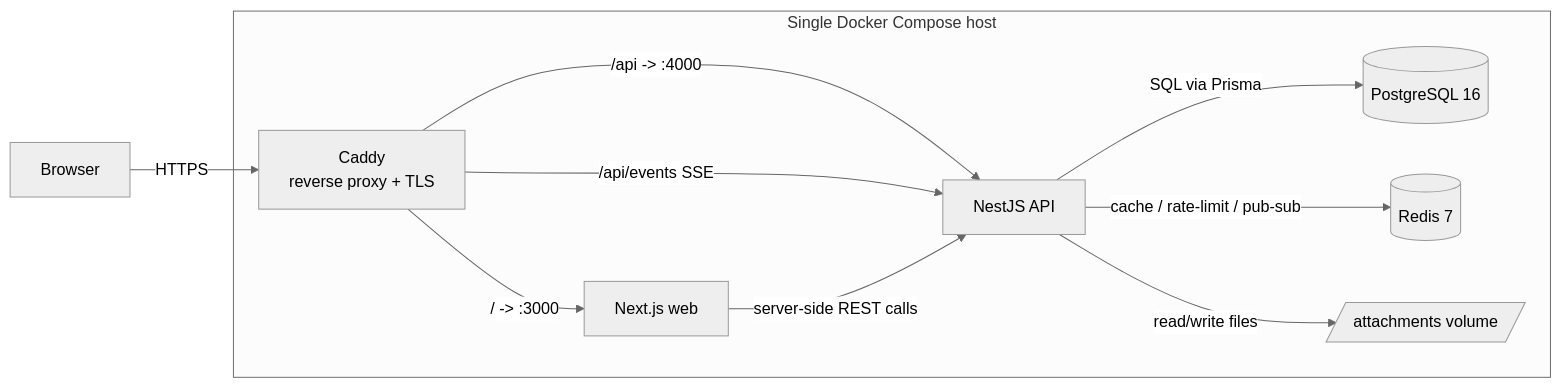
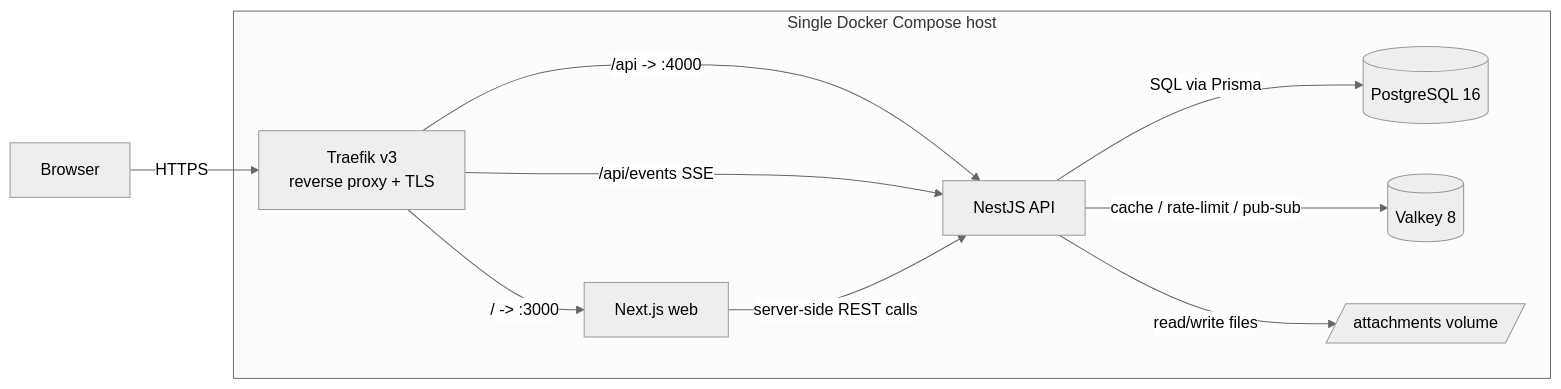
One commit to s-czw/hello-world changed the first of 2 diagrams in docs/02-architecture.md. Above: the diagram before and after it, drawn with Mermaid (neutral theme). The commit also changed other lines of this file and 4 other files, not shown here.

First line of the commit message:
Revise architecture: permissive-license stack and multi-provider auth with Lark

````diff
--- a/docs/02-architecture.md
+++ b/docs/02-architecture.md
@@ -43,19 +43,19 @@
 ```mermaid
 flowchart LR
-    B[Browser] -->|HTTPS| C[Caddy\nreverse proxy + TLS]
+    B[Browser] -->|HTTPS| C[Traefik v3\nreverse proxy + TLS]
     C -->|/ -> :3000| W[Next.js web]
     C -->|/api -> :4000| A[NestJS API]
     C -->|/api/events SSE| A
     W -->|server-side REST calls| A
     A -->|SQL via Prisma| P[(PostgreSQL 16)]
-    A -->|cache / rate-limit / pub-sub| R[(Redis 7)]
+    A -->|cache / rate-limit / pub-sub| R[(Valkey 8)]
     A -->|read/write files| V[/attachments volume/]
     subgraph VM [Single Docker Compose host]
         C
         W
         A
         P
         R
         V
     end
 ```
````
